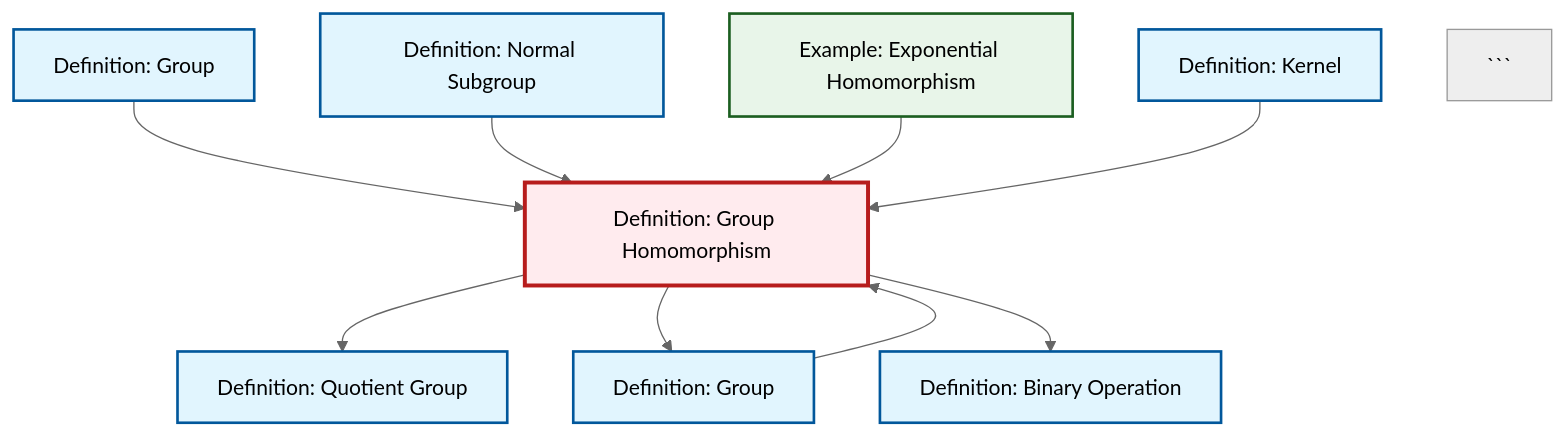
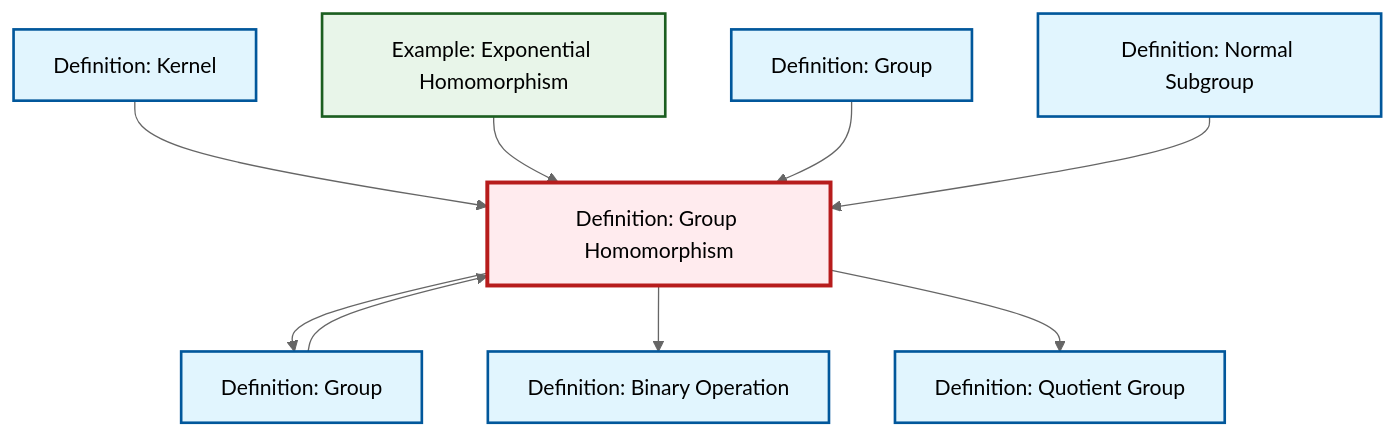
One commit to RK0429/ModernMath changed the diagram in output/mermaid/def-homomorphism.mermaid. Above: the diagram before and after it, drawn with Mermaid (neutral theme). The commit also changed 316 other files, not shown here.

````diff
--- a/output/mermaid/def-homomorphism.mermaid
+++ b/output/mermaid/def-homomorphism.mermaid
@@ -1,25 +1,24 @@
 %%| fig-cap: "Local dependency graph"
 graph TD
     classDef definition fill:#e1f5fe,stroke:#01579b,stroke-width:2px
     classDef theorem fill:#f3e5f5,stroke:#4a148c,stroke-width:2px
     classDef axiom fill:#fff3e0,stroke:#e65100,stroke-width:2px
     classDef example fill:#e8f5e9,stroke:#1b5e20,stroke-width:2px
     classDef current fill:#ffebee,stroke:#b71c1c,stroke-width:3px
+    def-quotient-group["Definition: Quotient Group"]:::definition
+    def-normal-subgroup["Definition: Normal Subgroup"]:::definition
+    def-binary-operation["Definition: Binary Operation"]:::definition
+    def-homomorphism["Definition: Group Homomorphism"]:::definition
+    def-kernel["Definition: Kernel"]:::definition
+    ex-exponential-homomorphism["Example: Exponential Homomorphism"]:::example
+    def-group["Definition: Group"]:::definition
     def-group-example["Definition: Group"]:::definition
-    def-normal-subgroup["Definition: Normal Subgroup"]:::definition
-    def-group["Definition: Group"]:::definition
-    ex-exponential-homomorphism["Example: Exponential Homomorphism"]:::example
-    def-binary-operation["Definition: Binary Operation"]:::definition
-    def-kernel["Definition: Kernel"]:::definition
-    def-quotient-group["Definition: Quotient Group"]:::definition
-    def-homomorphism["Definition: Group Homomorphism"]:::definition
+    def-homomorphism --> def-group
+    def-kernel --> def-homomorphism
+    ex-exponential-homomorphism --> def-homomorphism
+    def-group --> def-homomorphism
+    def-group-example --> def-homomorphism
+    def-homomorphism --> def-binary-operation
     def-homomorphism --> def-quotient-group
-    def-homomorphism --> def-group
-    def-homomorphism --> def-binary-operation
-    def-group-example --> def-homomorphism
     def-normal-subgroup --> def-homomorphism
-    def-group --> def-homomorphism
-    ex-exponential-homomorphism --> def-homomorphism
-    def-kernel --> def-homomorphism
     class def-homomorphism current
-```
````
